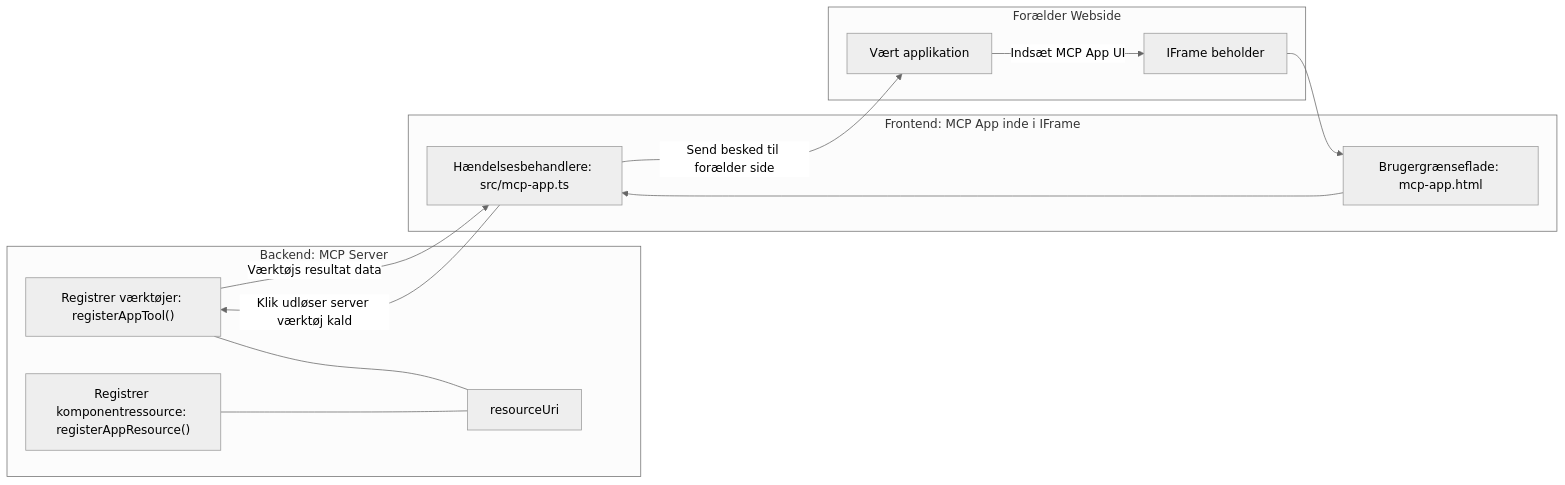
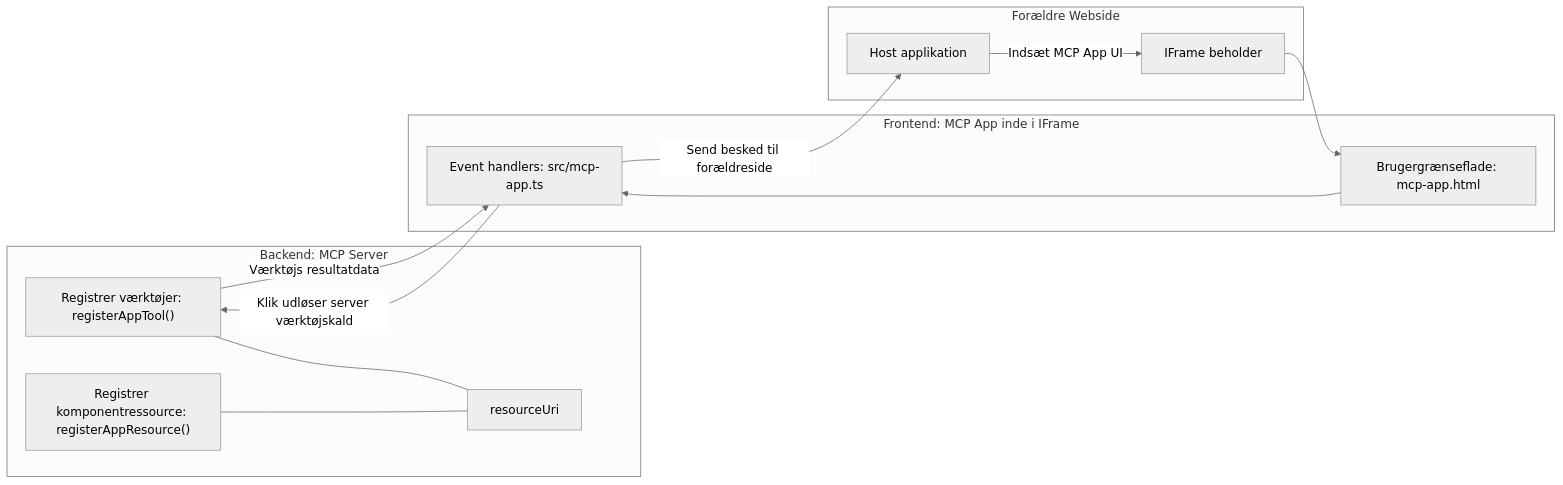
One commit to HIDORAKAI002/ai-workspace-archive changed the diagram in mcp_ecosystem__model_context_protocol/mcp_learning_resources/mcp-for-beginners/translations/da/03-GettingStarted/15-mcp-apps/README.md. Above: the diagram before and after it, drawn with Mermaid (neutral theme). The commit also changed other lines of this file and 1160 other files, not shown here.

````diff
--- a/mcp_ecosystem__model_context_protocol/mcp_learning_resources/mcp-for-beginners/translations/da/03-GettingStarted/15-mcp-apps/README.md
+++ b/mcp_ecosystem__model_context_protocol/mcp_learning_resources/mcp-for-beginners/translations/da/03-GettingStarted/15-mcp-apps/README.md
@@ -32,27 +32,27 @@
 ```mermaid
 flowchart LR
   subgraph Backend[Backend: MCP Server]
     T["Registrer værktøjer: registerAppTool()"]
     C["Registrer komponentressource: registerAppResource()"]
     U[resourceUri]
     T --- U
     C --- U
   end
 
-  subgraph Parent[Forælder Webside]
-    H[Vært applikation]
+  subgraph Parent[Forældre Webside]
+    H[Host applikation]
     IFRAME[IFrame beholder]
     H -->|Indsæt MCP App UI| IFRAME
   end
 
   subgraph Frontend[Frontend: MCP App inde i IFrame]
     UI["Brugergrænseflade: mcp-app.html"]
-    EH["Hændelsesbehandlere: src/mcp-app.ts"]
+    EH["Event handlers: src/mcp-app.ts"]
     UI --> EH
   end
 
   IFRAME --> UI
-  EH -->|Klik udløser server værktøj kald| T
-  T -->|Værktøjs resultat data| EH
-  EH -->|Send besked til forælder side| H
+  EH -->|Klik udløser server værktøjskald| T
+  T -->|Værktøjs resultatdata| EH
+  EH -->|Send besked til forældreside| H
 ```
````
